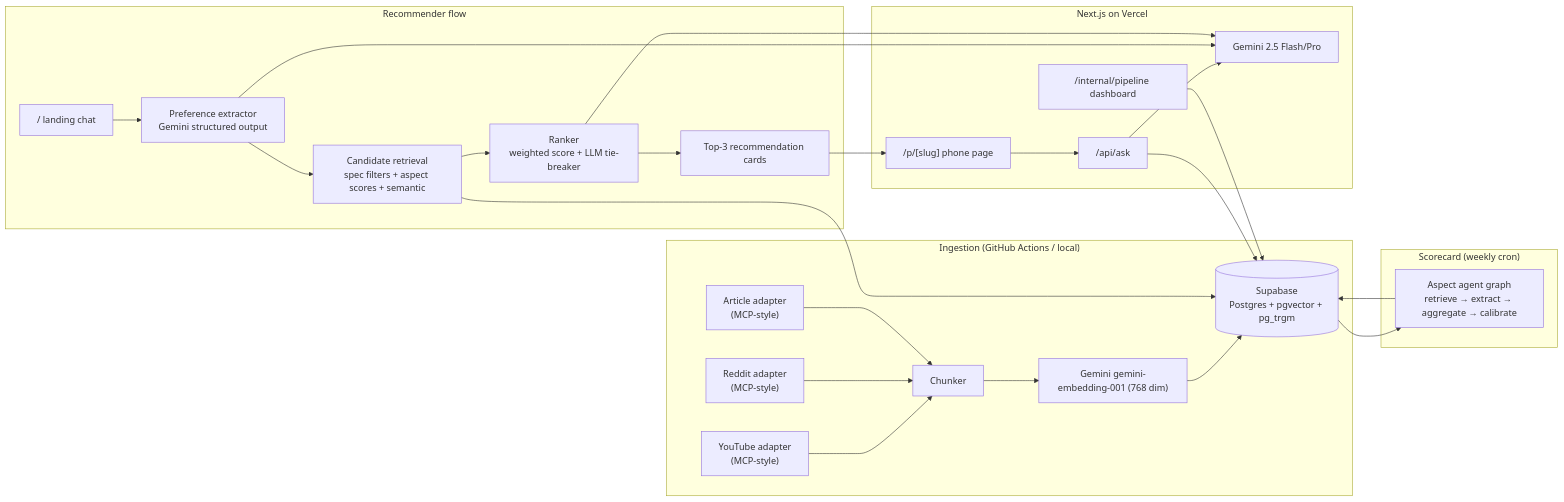
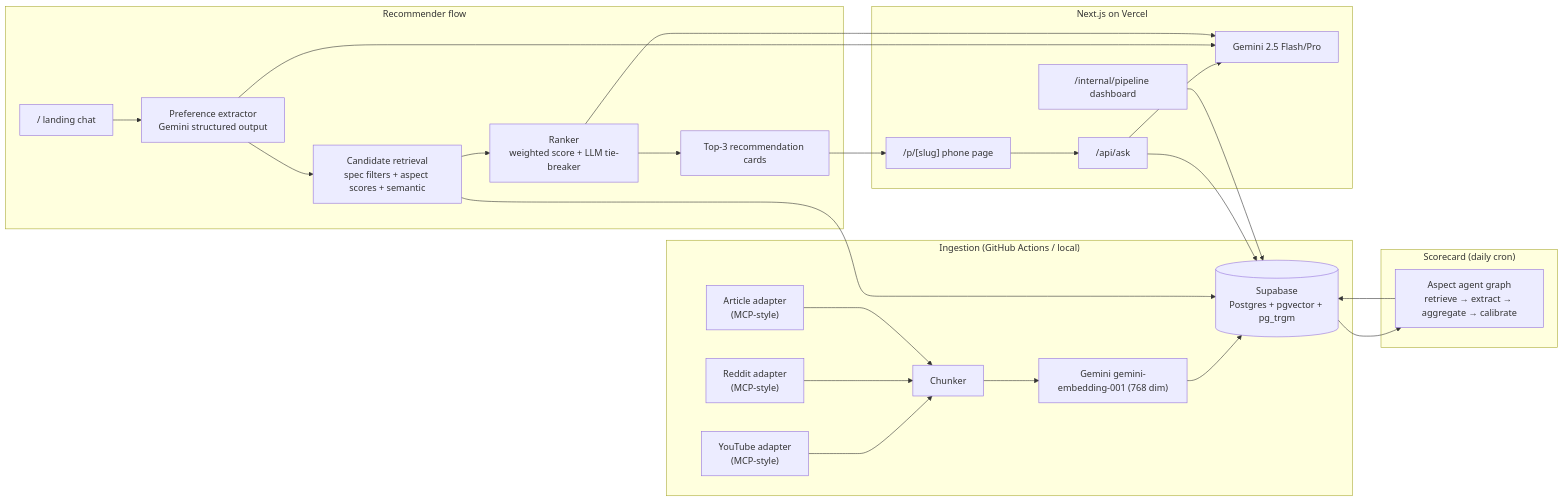
One commit to rohang1411/RECSY changed the diagram in docs/RECSY_V2_PROJECT_CONTEXT.md. Above: the diagram before and after it, drawn with Mermaid. The commit also changed other lines of this file and 17 other files, not shown here.

````diff
--- a/docs/RECSY_V2_PROJECT_CONTEXT.md
+++ b/docs/RECSY_V2_PROJECT_CONTEXT.md
@@ -286,34 +286,34 @@
 ```mermaid
 flowchart LR
   subgraph Ingest["Ingestion (GitHub Actions / local)"]
     YT["YouTube adapter<br/>(MCP-style)"] --> Chunker
     RD["Reddit adapter<br/>(MCP-style)"] --> Chunker
     ART["Article adapter<br/>(MCP-style)"] --> Chunker
     Chunker --> Embedder["Gemini gemini-embedding-001 (768 dim)"]
     Embedder --> PG[("Supabase<br/>Postgres + pgvector + pg_trgm")]
   end
 
-  subgraph Batch["Scorecard (weekly cron)"]
+  subgraph Batch["Scorecard (daily cron)"]
     PG --> AgentGraph["Aspect agent graph<br/>retrieve → extract → aggregate → calibrate"]
     AgentGraph --> PG
   end
 
   subgraph Recommend["Recommender flow"]
     UserIntake["/ landing chat"] --> Extractor["Preference extractor<br/>Gemini structured output"]
     Extractor --> Retriever["Candidate retrieval<br/>spec filters + aspect scores + semantic"]
     Retriever --> Ranker["Ranker<br/>weighted score + LLM tie-breaker"]
     Ranker --> RecUI["Top-3 recommendation cards"]
   end
 
   subgraph Serve["Next.js on Vercel"]
     UserIntake
     RecUI --> PhonePage["/p/[slug] phone page"]
     PhonePage --> ChatAPI["/api/ask"]
     ChatAPI --> PG
     ChatAPI --> Gemini["Gemini 2.5 Flash/Pro"]
     Extractor --> Gemini
     Ranker --> Gemini
     Retriever --> PG
     PipelineDash["/internal/pipeline dashboard"] --> PG
   end
 ```
````
